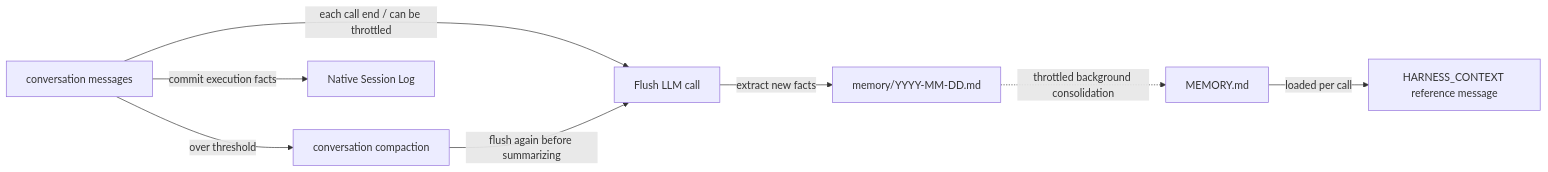
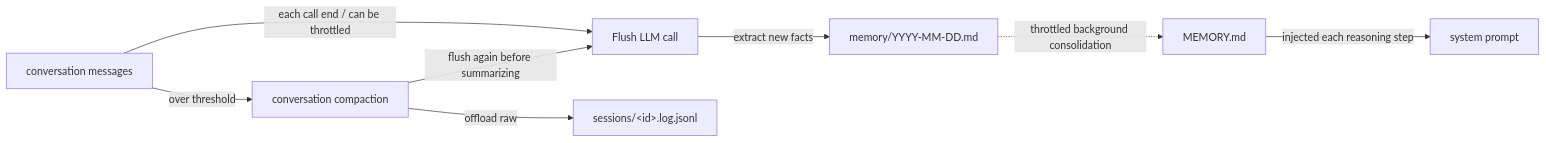
Before and after one commit to agentscope-ai/agentscope-java: the diagram in docs/v2/en/docs/harness/memory.md, drawn with Mermaid. The commit also changed other lines of this file and 2626 other files, not shown here.

````diff
--- a/docs/v2/en/docs/harness/memory.md
+++ b/docs/v2/en/docs/harness/memory.md
@@ -35,11 +35,11 @@
 ```mermaid
 graph LR
     Conv["conversation messages"]
     Conv -->|each call end / can be throttled| Flush["Flush LLM call"]
     Flush -->|extract new facts| Daily["memory/YYYY-MM-DD.md"]
     Conv -->|over threshold| Compactor["conversation compaction"]
-    Conv -->|commit execution facts| Sess["Native Session Log"]
+    Compactor -->|offload raw| Sess["sessions/&lt;id&gt;.log.jsonl"]
     Compactor -->|flush again before summarizing| Flush
     Daily -. throttled background consolidation .-> MEM["MEMORY.md"]
-    MEM -->|loaded per call| SYS["HARNESS_CONTEXT reference message"]
+    MEM -->|injected each reasoning step| SYS["system prompt"]
 ```
````
